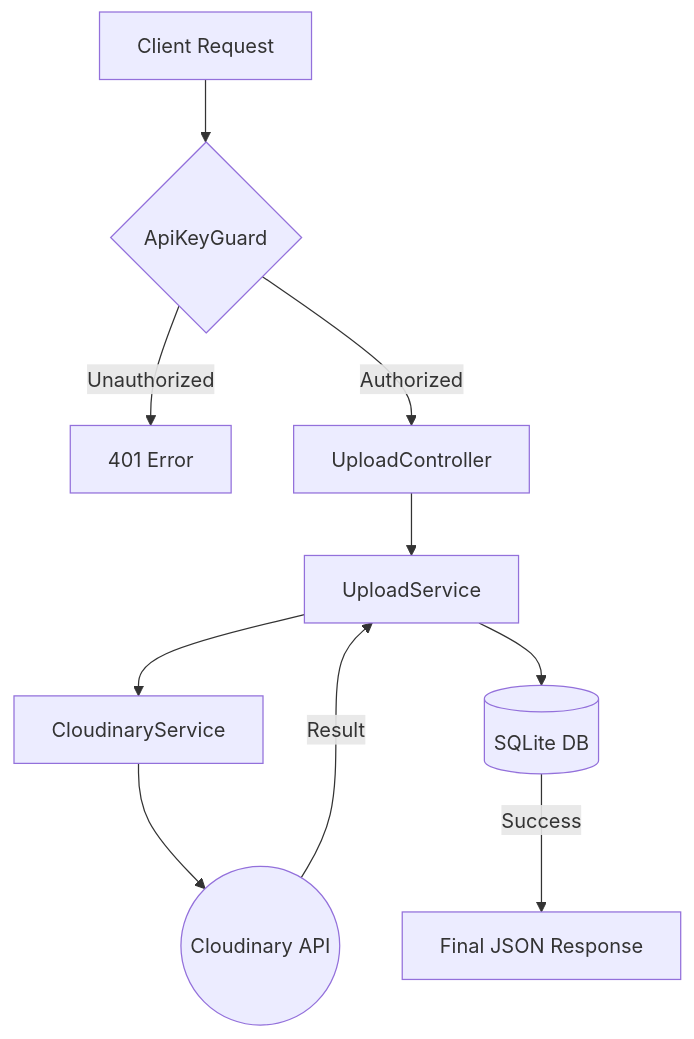
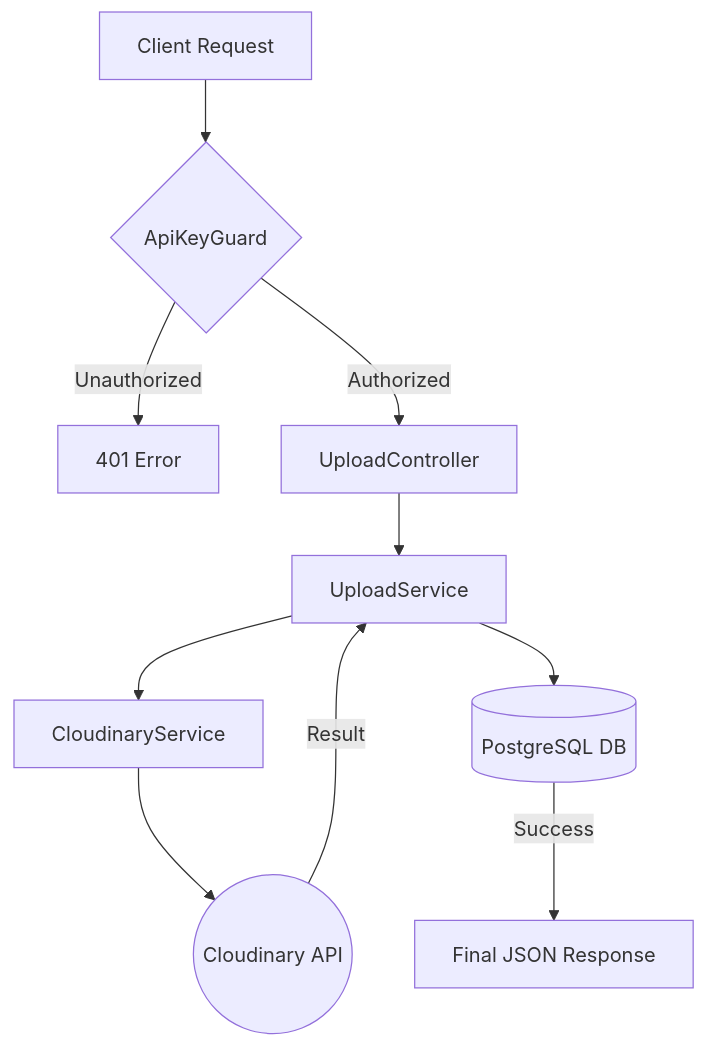
One commit to Eray-OZ/service-cloudinary changed the diagram in ARCHITECTURE.md. Above: the diagram before and after it, drawn with Mermaid. The commit also changed other lines of this file and 4 other files, not shown here.

Commit message:
refactor: migrate database from SQLite to PostgreSQL and update deployment configuration for cloud compatibility

````diff
--- a/ARCHITECTURE.md
+++ b/ARCHITECTURE.md
@@ -41,12 +42,12 @@
 ```mermaid
 graph TD
     A[Client Request] --> B{ApiKeyGuard}
     B -- Unauthorized --> C[401 Error]
     B -- Authorized --> D[UploadController]
     D --> E[UploadService]
     E --> F[CloudinaryService]
     F --> G((Cloudinary API))
     G -- Result --> E
-    E --> H[(SQLite DB)]
+    E --> H[(PostgreSQL DB)]
     H -- Success --> I[Final JSON Response]
 ```
````
